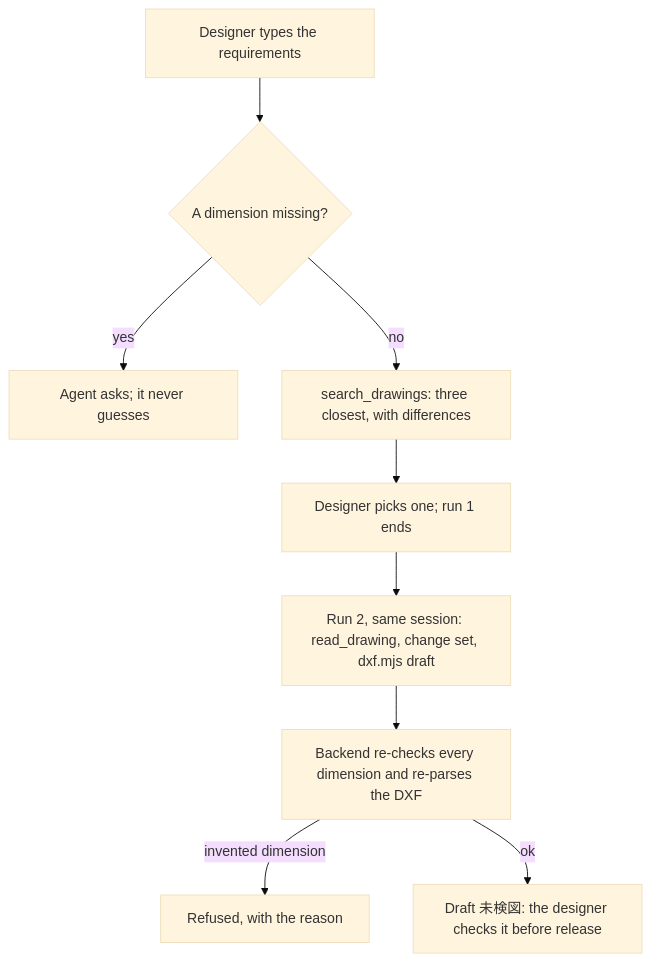
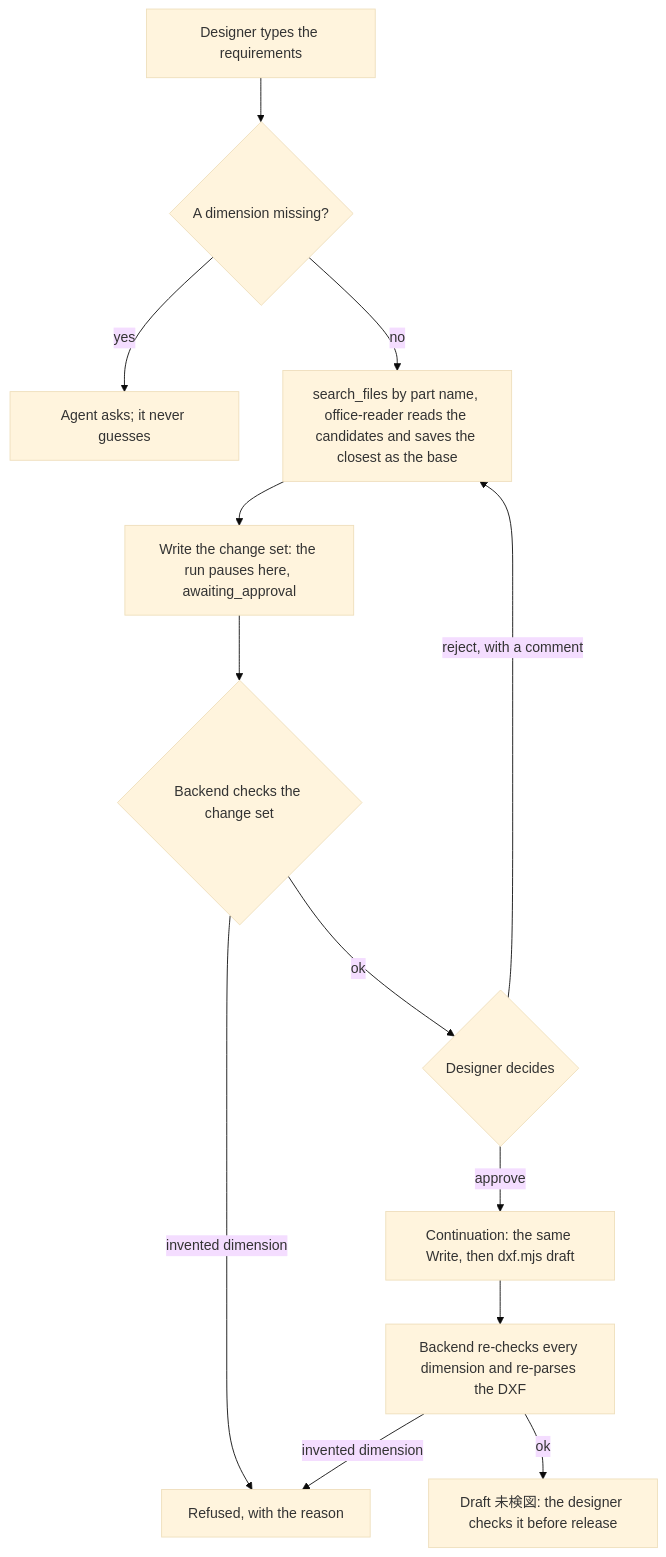
One commit to indxjp/agent-workspace changed the first of 2 diagrams in docs/sdk/site/tutorials/cad-drafting.mdx. Above: the diagram before and after it, drawn with Mermaid (base theme). The commit also changed other lines of this file and 2629 other files, not shown here.

````diff
--- a/docs/sdk/site/tutorials/cad-drafting.mdx
+++ b/docs/sdk/site/tutorials/cad-drafting.mdx
@@ -43,11 +52,15 @@
 ```mermaid
 flowchart TD
   R["Designer types the requirements"] --> M{"A dimension missing?"}
   M -- "yes" --> ASK["Agent asks; it never guesses"]
-  M -- "no" --> S["search_drawings: three closest, with differences"]
-  S --> P["Designer picks one; run 1 ends"]
-  P --> D["Run 2, same session: read_drawing, change set, dxf.mjs draft"]
+  M -- "no" --> S["search_files by part name, office-reader reads the candidates and saves the closest as the base"]
+  S --> C["Write the change set: the run pauses here, awaiting_approval"]
+  C --> V{"Backend checks the change set"}
+  V -- "invented dimension" --> X["Refused, with the reason"]
+  V -- "ok" --> P{"Designer decides"}
+  P -- "reject, with a comment" --> S
+  P -- "approve" --> D["Continuation: the same Write, then dxf.mjs draft"]
   D --> B["Backend re-checks every dimension and re-parses the DXF"]
-  B -- "invented dimension" --> X["Refused, with the reason"]
+  B -- "invented dimension" --> X
   B -- "ok" --> K["Draft 未検図: the designer checks it before release"]
 ```
````
